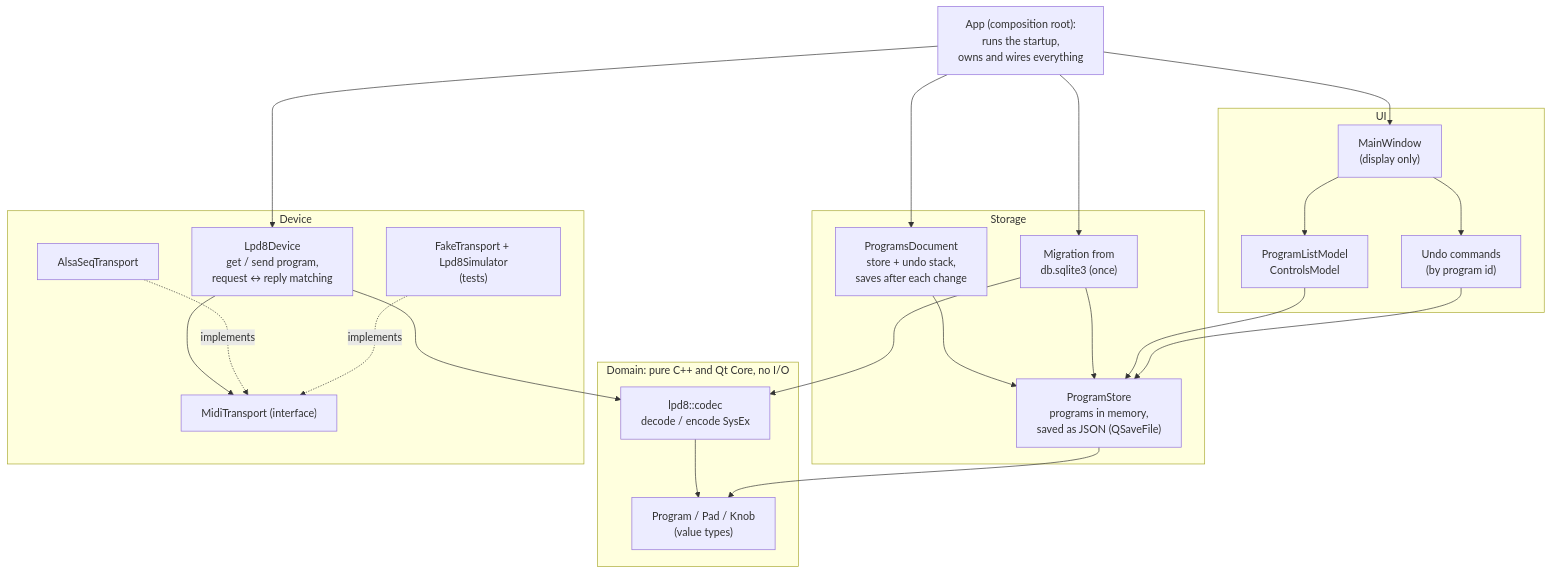
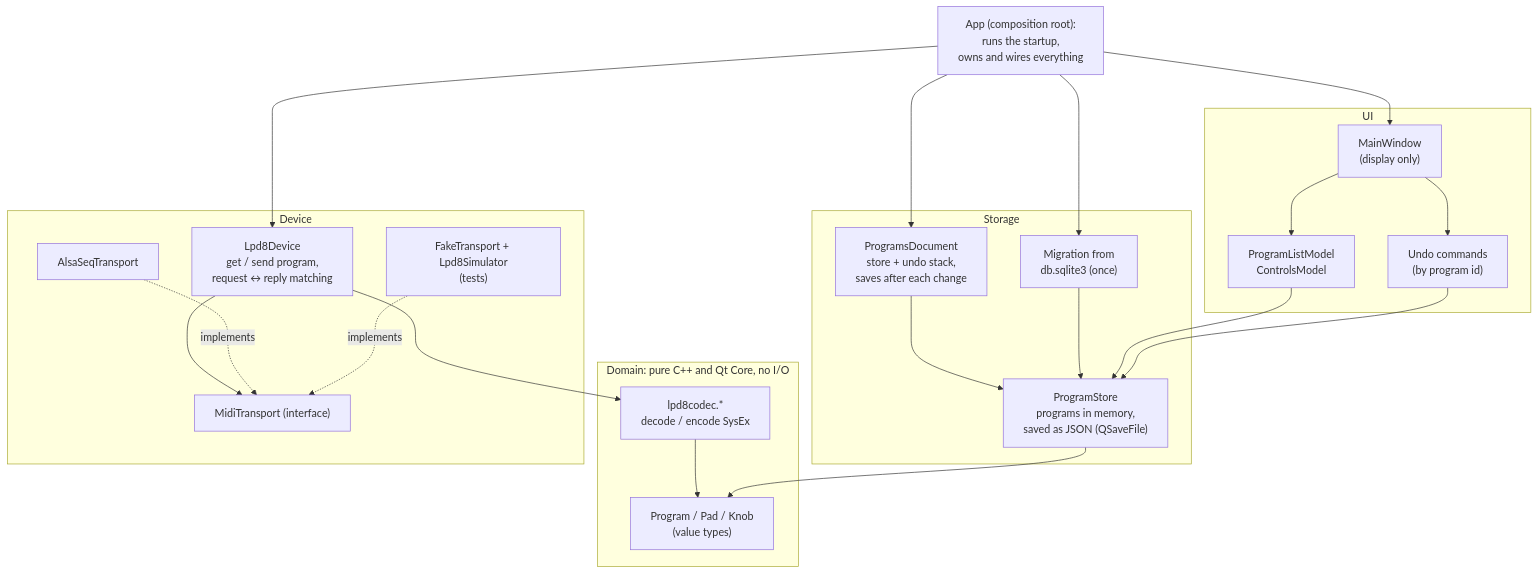
The diagram in doc/ARCHITECTURE.md (charlesfleche/lpd8editor), drawn with Mermaid before and after one commit. The commit also changed other lines of this file and 4 other files, not shown here.

````diff
--- a/doc/ARCHITECTURE.md
+++ b/doc/ARCHITECTURE.md
@@ -10,46 +10,45 @@
 ```mermaid
 flowchart TB
     subgraph Domain ["Domain: pure C++ and Qt Core, no I/O"]
         Program["Program / Pad / Knob<br/>(value types)"]
-        Codec["lpd8::codec<br/>decode / encode SysEx"]
+        Codec["lpd8codec.*<br/>decode / encode SysEx"]
     end
 
     subgraph Storage
         Store["ProgramStore<br/>programs in memory,<br/>saved as JSON (QSaveFile)"]
         Document["ProgramsDocument<br/>store + undo stack,<br/>saves after each change"]
         Migration["Migration from<br/>db.sqlite3 (once)"]
     end
 
     subgraph Device
         Transport["MidiTransport (interface)"]
         Alsa["AlsaSeqTransport"]
         Fake["FakeTransport + Lpd8Simulator<br/>(tests)"]
         Lpd8["Lpd8Device<br/>get / send program,<br/>request ↔ reply matching"]
     end
 
     subgraph UI
         Models["ProgramListModel<br/>ControlsModel"]
         Commands["Undo commands<br/>(by program id)"]
         Window["MainWindow<br/>(display only)"]
     end
 
     App["App (composition root):<br/>runs the startup,<br/>owns and wires everything"]
 
     Codec --> Program
     Store --> Program
     Document --> Store
     Migration --> Store
-    Migration --> Codec
     Lpd8 --> Codec
     Lpd8 --> Transport
     Alsa -.implements.-> Transport
     Fake -.implements.-> Transport
     Models --> Store
     Commands --> Store
     Window --> Models
     Window --> Commands
     App --> Document
     App --> Migration
     App --> Lpd8
     App --> Window
 ```
````
